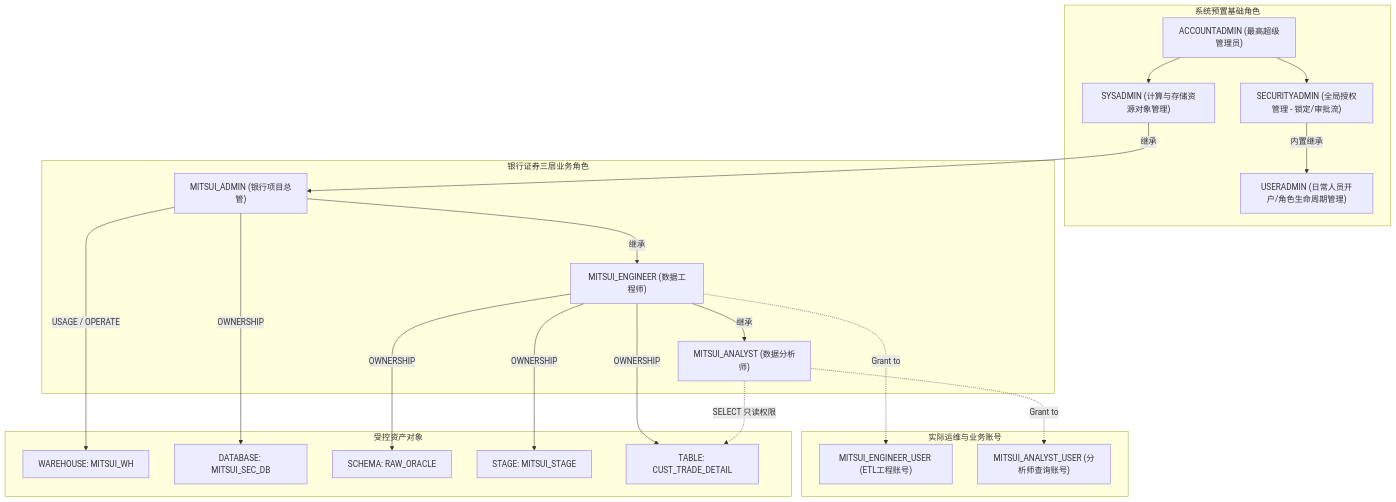
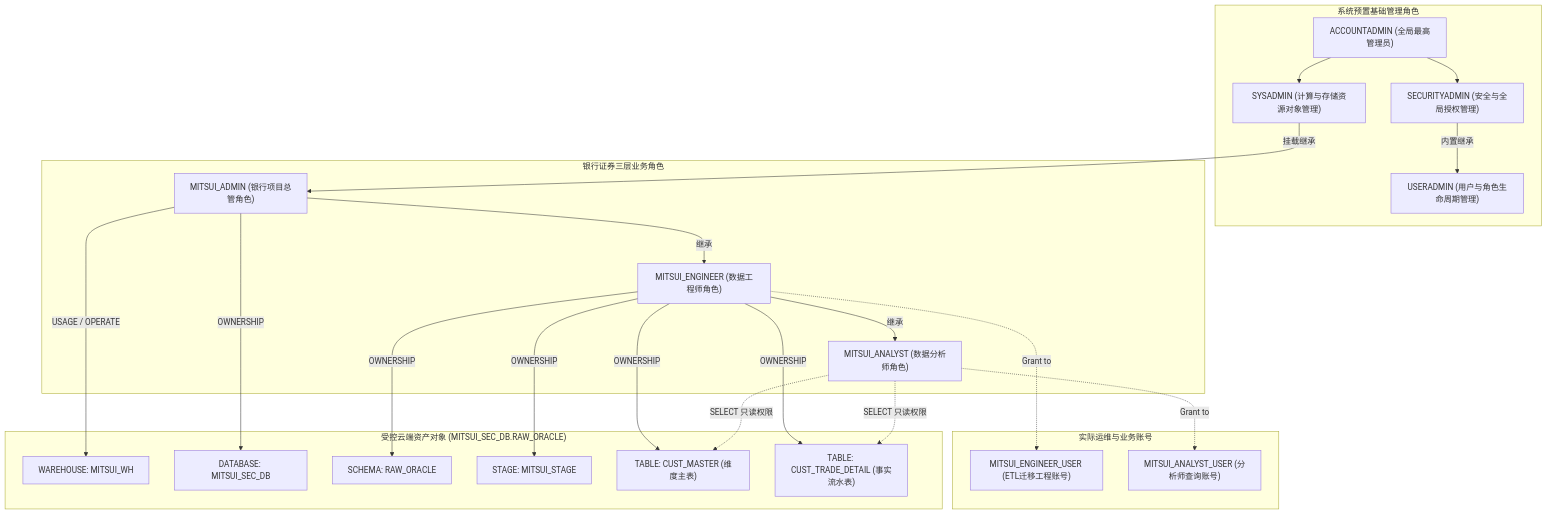
One commit to BIGMAX-RKO007/snowflakeblog changed the first of 2 diagrams in docs/zh/03_snowflake_rbac_setup.md. Above: the diagram before and after it, drawn with Mermaid. The commit also changed other lines of this file and 2 other files, not shown here.

Commit message:
docs: upgrade chapter 03 with dual-table DDL, normalized hierarchy, and next-chapter navigation

````diff
--- a/docs/zh/03_snowflake_rbac_setup.md
+++ b/docs/zh/03_snowflake_rbac_setup.md
@@ -24,46 +30,49 @@
 ```mermaid
 graph TD
-    subgraph SystemRoles ["系统预置基础角色"]
-        ACCOUNTADMIN["ACCOUNTADMIN (最高超级管理员)"]
-        SECURITYADMIN["SECURITYADMIN (全局授权管理 - 锁定/审批流)"]
-        USERADMIN["USERADMIN (日常人员开户/角色生命周期管理)"]
+    subgraph SystemRoles ["系统预置基础管理角色"]
+        ACCOUNTADMIN["ACCOUNTADMIN (全局最高管理员)"]
+        SECURITYADMIN["SECURITYADMIN (安全与全局授权管理)"]
+        USERADMIN["USERADMIN (用户与角色生命周期管理)"]
         SYSADMIN["SYSADMIN (计算与存储资源对象管理)"]
         
         ACCOUNTADMIN --> SECURITYADMIN
         SECURITYADMIN -->|内置继承| USERADMIN
         ACCOUNTADMIN --> SYSADMIN
     end
 
     subgraph CustomRoles ["银行证券三层业务角色"]
-        ADMIN["MITSUI_ADMIN (银行项目总管)"]
-        ENG["MITSUI_ENGINEER (数据工程师)"]
-        ANA["MITSUI_ANALYST (数据分析师)"]
+        ADMIN["MITSUI_ADMIN (银行项目总管角色)"]
+        ENG["MITSUI_ENGINEER (数据工程师角色)"]
+        ANA["MITSUI_ANALYST (数据分析师角色)"]
 
-        SYSADMIN -->|继承| ADMIN
+        SYSADMIN -->|挂载继承| ADMIN
         ADMIN -->|继承| ENG
         ENG -->|继承| ANA
     end
 
     subgraph Users ["实际运维与业务账号"]
-        U_ENG["MITSUI_ENGINEER_USER (ETL工程账号)"]
+        U_ENG["MITSUI_ENGINEER_USER (ETL迁移工程账号)"]
         U_ANA["MITSUI_ANALYST_USER (分析师查询账号)"]
 
         ENG -.->|Grant to| U_ENG
         ANA -.->|Grant to| U_ANA
     end
 
-    subgraph Objects ["受控资产对象"]
+    subgraph Objects ["受控云端资产对象 (MITSUI_SEC_DB.RAW_ORACLE)"]
         WH["WAREHOUSE: MITSUI_WH"]
         DB["DATABASE: MITSUI_SEC_DB"]
         SC["SCHEMA: RAW_ORACLE"]
         STG["STAGE: MITSUI_STAGE"]
-        TBL["TABLE: CUST_TRADE_DETAIL"]
+        TBL_M["TABLE: CUST_MASTER (维度主表)"]
+        TBL_T["TABLE: CUST_TRADE_DETAIL (事实流水表)"]
 
         ADMIN -->|USAGE / OPERATE| WH
         ADMIN -->|OWNERSHIP| DB
         ENG -->|OWNERSHIP| SC
         ENG -->|OWNERSHIP| STG
-        ENG -->|OWNERSHIP| TBL
-        ANA -.->|SELECT 只读权限| TBL
+        ENG -->|OWNERSHIP| TBL_M
+        ENG -->|OWNERSHIP| TBL_T
+        ANA -.->|SELECT 只读权限| TBL_M
+        ANA -.->|SELECT 只读权限| TBL_T
     end
 ```
````
